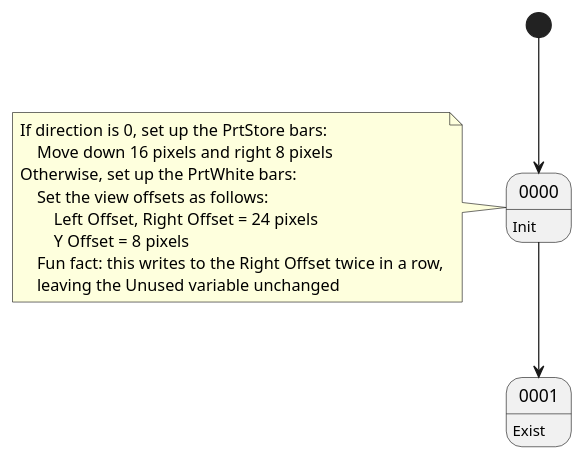
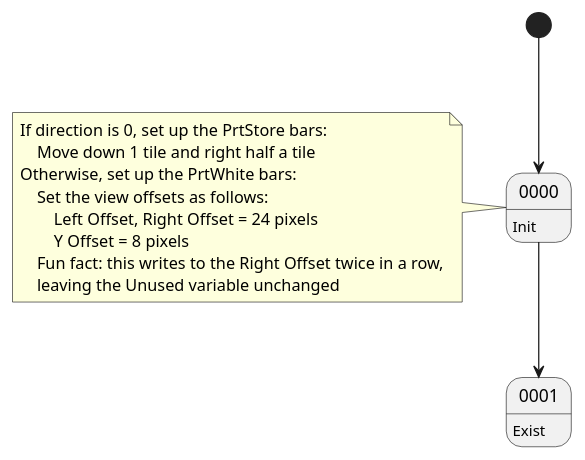
One commit to CaveStoryModdingCommunity/ANP-Graphs changed the diagram in ANP/Npc_239_-_Cage_Bars.wsd. Above: the diagram before and after it, drawn with PlantUML.

Commit message:
Changed Cage Bars direction 0 to use Tile offsets

```diff
--- a/ANP/Npc_239_-_Cage_Bars.wsd
+++ b/ANP/Npc_239_-_Cage_Bars.wsd
@@ -1,21 +1,21 @@
 @startuml Npc 239 - Cage Bars
 
 [*] --> 0000
 
 0000 : Init
 note left
 If direction is 0, set up the PrtStore bars:
-    Move down 16 pixels and right 8 pixels
+    Move down 1 tile and right half a tile
 Otherwise, set up the PrtWhite bars:
     Set the view offsets as follows:
         Left Offset, Right Offset = 24 pixels
         Y Offset = 8 pixels
     Fun fact: this writes to the Right Offset twice in a row,
     leaving the Unused variable unchanged
 end note
 
 0000 --> 0001
 
 0001 : Exist
 
 @enduml
```
